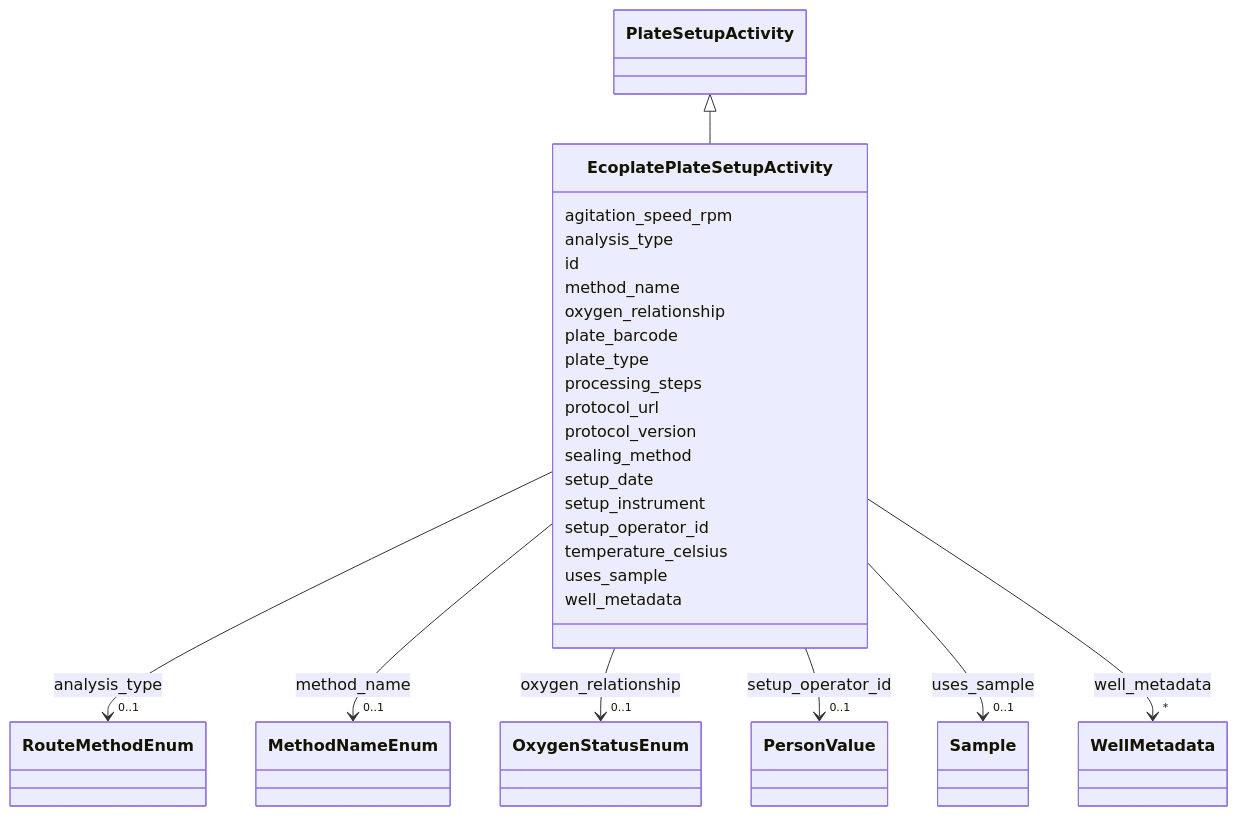
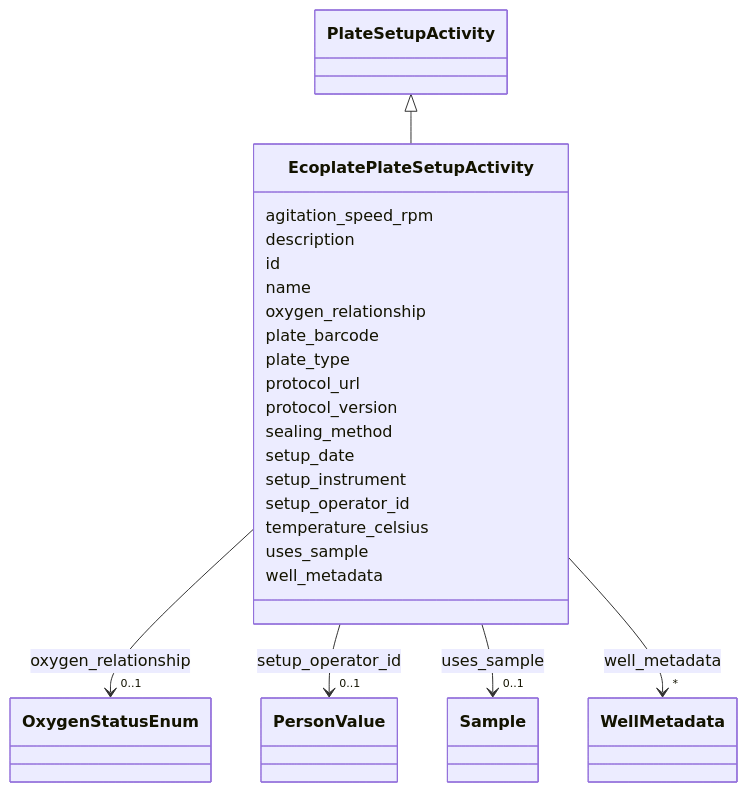
The diagram in docs/elements/EcoplatePlateSetupActivity.md (EMSL-Computing/BASALT-Schema), drawn with Mermaid before and after one commit. The commit also changed other lines of this file and 550 other files, not shown here.

```diff
--- a/docs/elements/EcoplatePlateSetupActivity.md
+++ b/docs/elements/EcoplatePlateSetupActivity.md
@@ -38,29 +38,11 @@
       
       EcoplatePlateSetupActivity : agitation_speed_rpm
         
-      EcoplatePlateSetupActivity : analysis_type
-        
-          
-    
-        
-        
-        EcoplatePlateSetupActivity --> "0..1" RouteMethodEnum : analysis_type
-        click RouteMethodEnum href "../RouteMethodEnum/"
-    
-
+      EcoplatePlateSetupActivity : description
         
       EcoplatePlateSetupActivity : id
         
-      EcoplatePlateSetupActivity : method_name
-        
-          
-    
-        
-        
-        EcoplatePlateSetupActivity --> "0..1" MethodNameEnum : method_name
-        click MethodNameEnum href "../MethodNameEnum/"
-    
-
+      EcoplatePlateSetupActivity : name
         
       EcoplatePlateSetupActivity : oxygen_relationship
         
@@ -76,8 +58,6 @@
       EcoplatePlateSetupActivity : plate_barcode
         
       EcoplatePlateSetupActivity : plate_type
-        
-      EcoplatePlateSetupActivity : processing_steps
         
       EcoplatePlateSetupActivity : protocol_url
         
```
